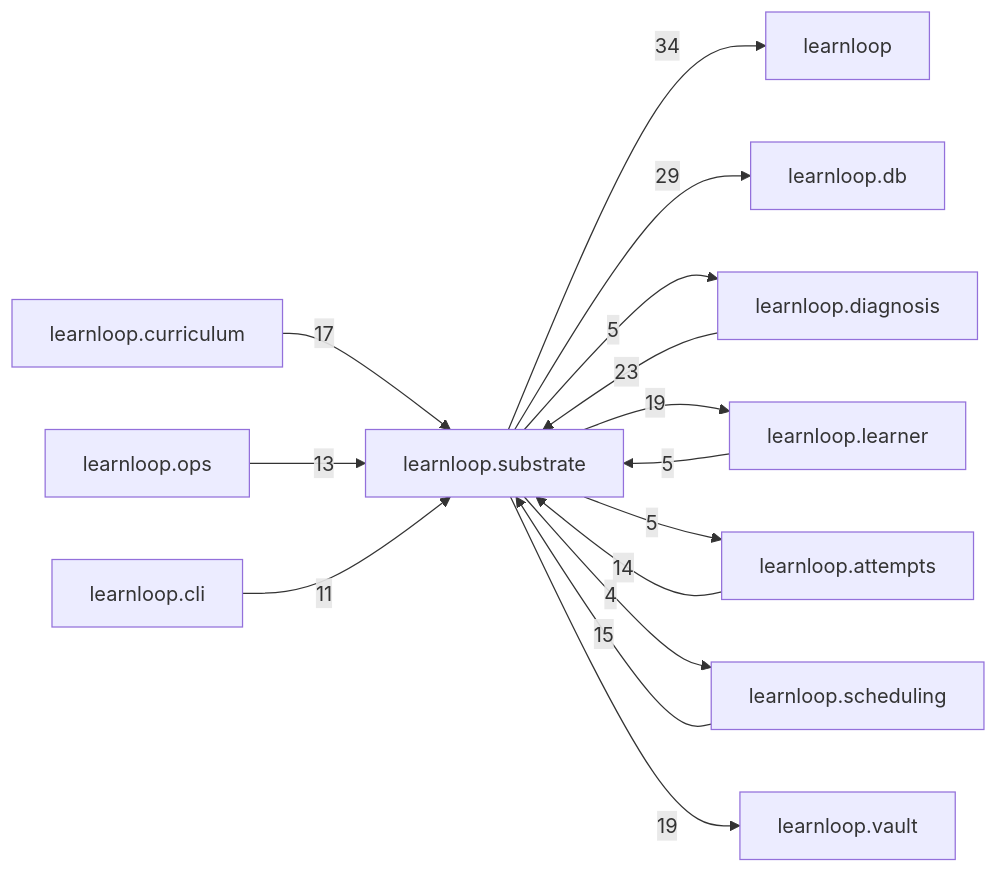
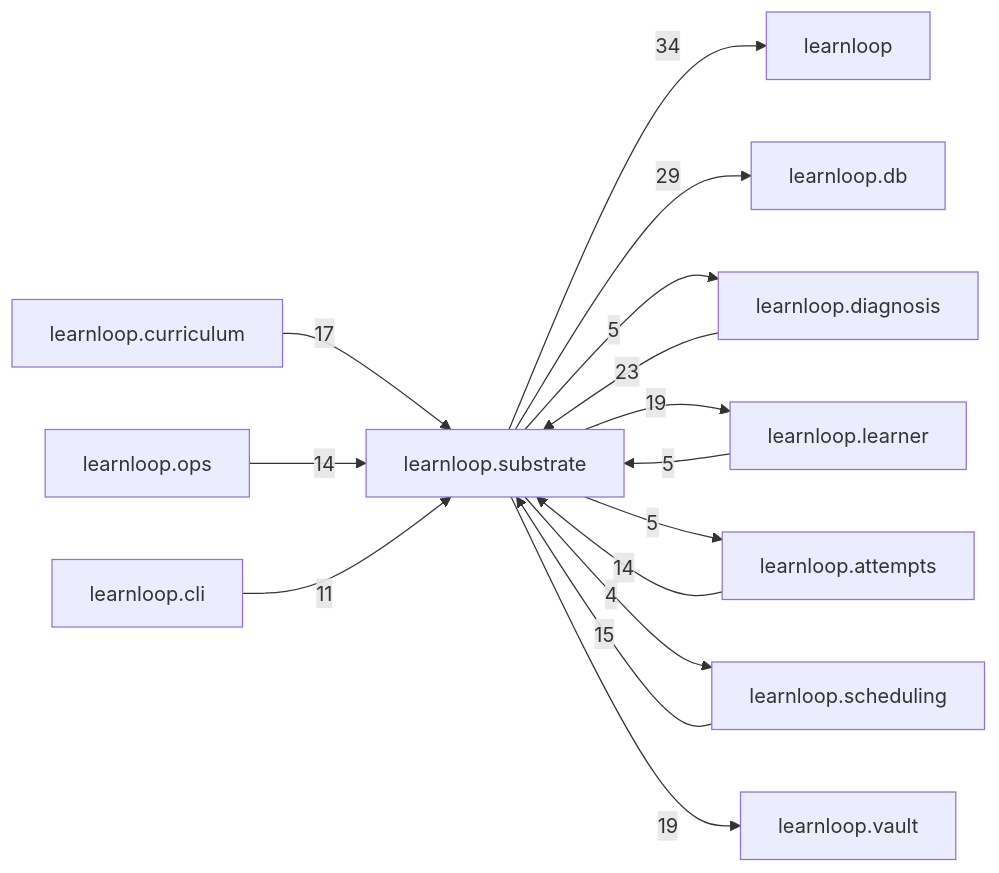
One commit to 6up-b/learnanything changed the diagram in docs/learnloop-architecture-vault/Reference/Modules/learnloop/substrate/_package.md. Above: the diagram before and after it, drawn with Mermaid. The commit also changed other lines of this file and 51 other files, not shown here.

````diff
--- a/docs/learnloop-architecture-vault/Reference/Modules/learnloop/substrate/_package.md
+++ b/docs/learnloop-architecture-vault/Reference/Modules/learnloop/substrate/_package.md
@@ -166,28 +166,28 @@
 ```mermaid
 flowchart LR
     center["learnloop.substrate"]
     n_learnloop["learnloop"]
     n_learnloop_db["learnloop.db"]
     n_learnloop_diagnosis["learnloop.diagnosis"]
     n_learnloop_learner["learnloop.learner"]
     n_learnloop_attempts["learnloop.attempts"]
     n_learnloop_scheduling["learnloop.scheduling"]
     n_learnloop_vault["learnloop.vault"]
     n_learnloop_curriculum["learnloop.curriculum"]
     n_learnloop_ops["learnloop.ops"]
     n_learnloop_cli["learnloop.cli"]
     center -->|34| n_learnloop
     center -->|29| n_learnloop_db
     n_learnloop_diagnosis -->|23| center
     center -->|5| n_learnloop_diagnosis
     n_learnloop_learner -->|5| center
     center -->|19| n_learnloop_learner
     n_learnloop_attempts -->|14| center
     center -->|5| n_learnloop_attempts
     n_learnloop_scheduling -->|15| center
     center -->|4| n_learnloop_scheduling
     center -->|19| n_learnloop_vault
     n_learnloop_curriculum -->|17| center
-    n_learnloop_ops -->|13| center
+    n_learnloop_ops -->|14| center
     n_learnloop_cli -->|11| center
 ```
````
